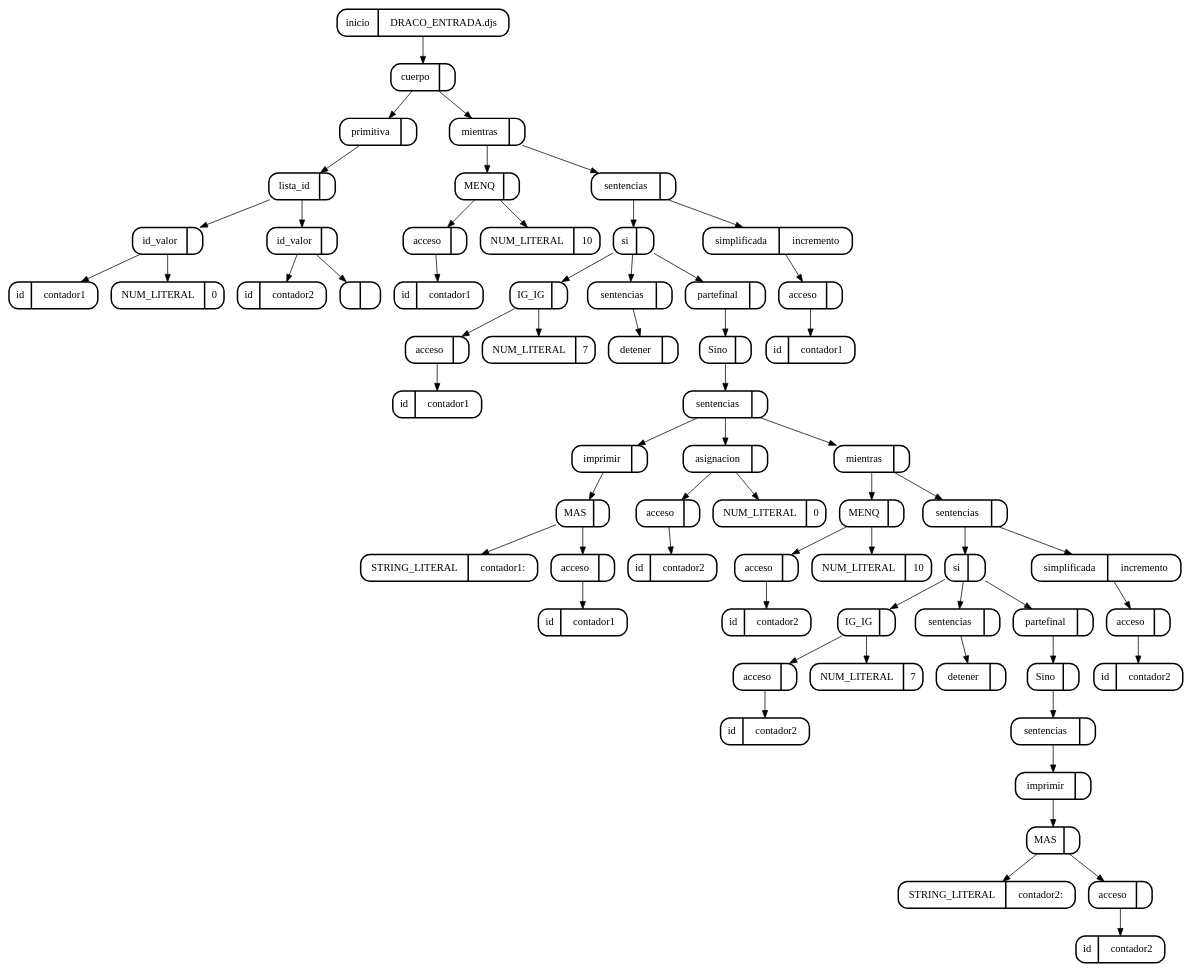
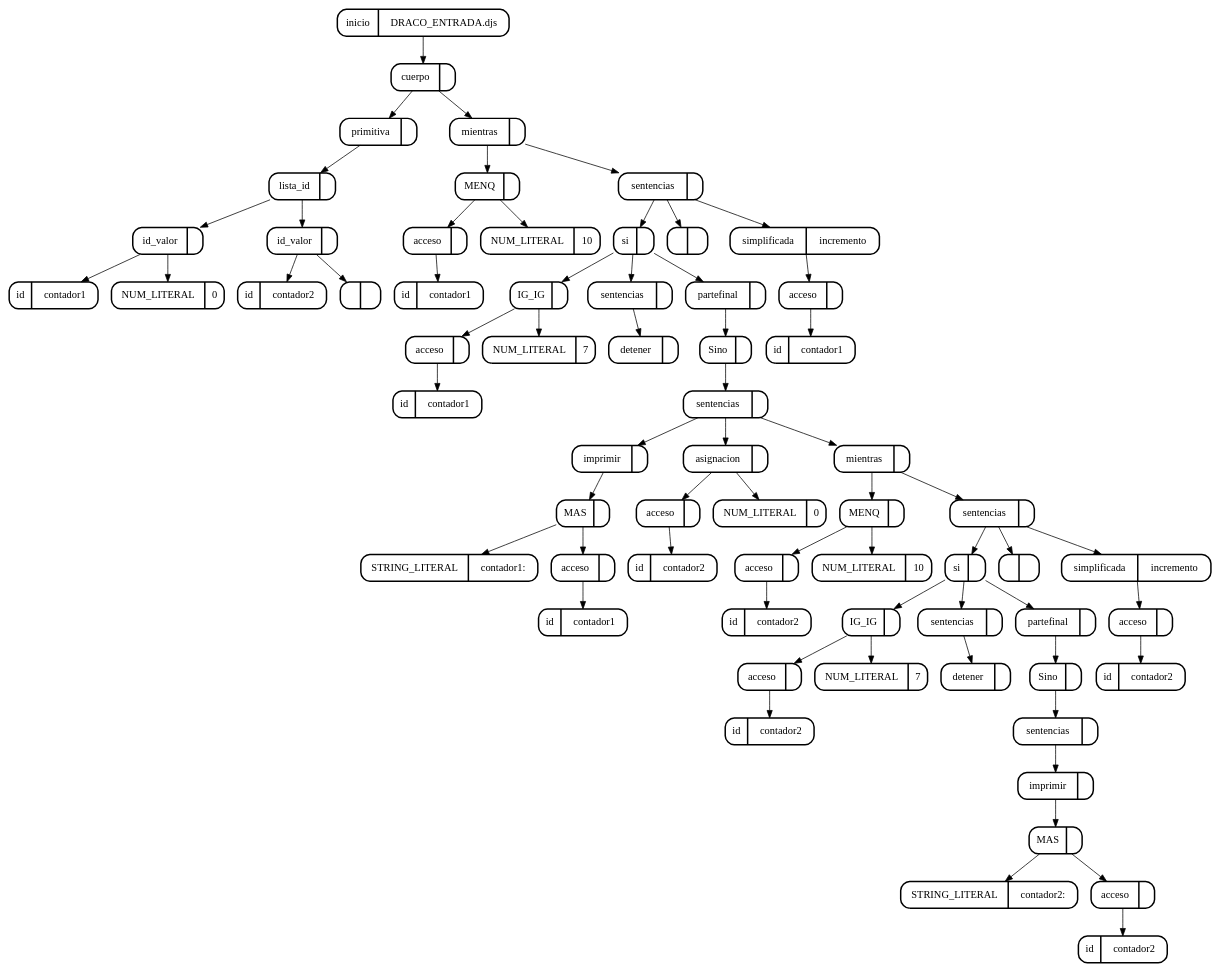
The diagram in Script_DRACO/Imagenes/arbol_cjs.dot (skrillfer/DracoScript), drawn with Graphviz before and after one commit. The commit also changed 6 other files, not shown here.

```diff
--- a/Script_DRACO/Imagenes/arbol_cjs.dot
+++ b/Script_DRACO/Imagenes/arbol_cjs.dot
@@ -1,127 +1,131 @@
 digraph G {
 node[shape=Mrecord]
-62[label="inicio | DRACO_ENTRADA.djs",style=bold]
+64[label="inicio | DRACO_ENTRADA.djs",style=bold]
 9[label="cuerpo | ",style=bold]
-{62}->{9}
+{64}->{9}
 8[label="primitiva | ",style=bold]
 {9}->{8}
 4[label="lista_id | ",style=bold]
 {8}->{4}
 2[label="id_valor | ",style=bold]
 {4}->{2}
 3[label="id | contador1",style=bold]
 {2}->{3}
 1[label="NUM_LITERAL | 0",style=bold]
 {2}->{1}
 6[label="id_valor | ",style=bold]
 {4}->{6}
 7[label="id | contador2",style=bold]
 {6}->{7}
 5[label=" | ",style=bold]
 {6}->{5}
-61[label="mientras | ",style=bold]
-{9}->{61}
+63[label="mientras | ",style=bold]
+{9}->{63}
 13[label="MENQ | ",style=bold]
-{61}->{13}
+{63}->{13}
 11[label="acceso | ",style=bold]
 {13}->{11}
 10[label="id | contador1",style=bold]
 {11}->{10}
 12[label="NUM_LITERAL | 10",style=bold]
 {13}->{12}
-57[label="sentencias | ",style=bold]
-{61}->{57}
-56[label="si | ",style=bold]
-{57}->{56}
+22[label="sentencias | ",style=bold]
+{63}->{22}
+21[label="si | ",style=bold]
+{22}->{21}
 17[label="IG_IG | ",style=bold]
-{56}->{17}
+{21}->{17}
 15[label="acceso | ",style=bold]
 {17}->{15}
 14[label="id | contador1",style=bold]
 {15}->{14}
 16[label="NUM_LITERAL | 7",style=bold]
 {17}->{16}
 19[label="sentencias | ",style=bold]
-{56}->{19}
+{21}->{19}
 18[label="detener | ",style=bold]
 {19}->{18}
-55[label="partefinal | ",style=bold]
+20[label="partefinal | ",style=bold]
+{21}->{20}
+58[label="Sino | ",style=bold]
+{20}->{58}
+28[label="sentencias | ",style=bold]
+{58}->{28}
+27[label="imprimir | ",style=bold]
+{28}->{27}
+26[label="MAS | ",style=bold]
+{27}->{26}
+23[label="STRING_LITERAL | contador1:",style=bold]
+{26}->{23}
+25[label="acceso | ",style=bold]
+{26}->{25}
+24[label="id | contador1",style=bold]
+{25}->{24}
+32[label="asignacion | ",style=bold]
+{28}->{32}
+30[label="acceso | ",style=bold]
+{32}->{30}
+29[label="id | contador2",style=bold]
+{30}->{29}
+31[label="NUM_LITERAL | 0",style=bold]
+{32}->{31}
+57[label="mientras | ",style=bold]
+{28}->{57}
+36[label="MENQ | ",style=bold]
+{57}->{36}
+34[label="acceso | ",style=bold]
+{36}->{34}
+33[label="id | contador2",style=bold]
+{34}->{33}
+35[label="NUM_LITERAL | 10",style=bold]
+{36}->{35}
+45[label="sentencias | ",style=bold]
+{57}->{45}
+44[label="si | ",style=bold]
+{45}->{44}
+40[label="IG_IG | ",style=bold]
+{44}->{40}
+38[label="acceso | ",style=bold]
+{40}->{38}
+37[label="id | contador2",style=bold]
+{38}->{37}
+39[label="NUM_LITERAL | 7",style=bold]
+{40}->{39}
+42[label="sentencias | ",style=bold]
+{44}->{42}
+41[label="detener | ",style=bold]
+{42}->{41}
+43[label="partefinal | ",style=bold]
+{44}->{43}
+52[label="Sino | ",style=bold]
+{43}->{52}
+51[label="sentencias | ",style=bold]
+{52}->{51}
+50[label="imprimir | ",style=bold]
+{51}->{50}
+49[label="MAS | ",style=bold]
+{50}->{49}
+46[label="STRING_LITERAL | contador2:",style=bold]
+{49}->{46}
+48[label="acceso | ",style=bold]
+{49}->{48}
+47[label="id | contador2",style=bold]
+{48}->{47}
+53[label=" | ",style=bold]
+{45}->{53}
+56[label="simplificada | incremento",style=bold]
+{45}->{56}
+55[label="acceso | ",style=bold]
 {56}->{55}
-54[label="Sino | ",style=bold]
+54[label="id | contador2",style=bold]
 {55}->{54}
-25[label="sentencias | ",style=bold]
-{54}->{25}
-24[label="imprimir | ",style=bold]
-{25}->{24}
-23[label="MAS | ",style=bold]
-{24}->{23}
-20[label="STRING_LITERAL | contador1:",style=bold]
-{23}->{20}
-22[label="acceso | ",style=bold]
-{23}->{22}
-21[label="id | contador1",style=bold]
-{22}->{21}
-29[label="asignacion | ",style=bold]
-{25}->{29}
-27[label="acceso | ",style=bold]
-{29}->{27}
-26[label="id | contador2",style=bold]
-{27}->{26}
-28[label="NUM_LITERAL | 0",style=bold]
-{29}->{28}
-53[label="mientras | ",style=bold]
-{25}->{53}
-33[label="MENQ | ",style=bold]
-{53}->{33}
-31[label="acceso | ",style=bold]
-{33}->{31}
-30[label="id | contador2",style=bold]
-{31}->{30}
-32[label="NUM_LITERAL | 10",style=bold]
-{33}->{32}
-49[label="sentencias | ",style=bold]
-{53}->{49}
-48[label="si | ",style=bold]
-{49}->{48}
-37[label="IG_IG | ",style=bold]
-{48}->{37}
-35[label="acceso | ",style=bold]
-{37}->{35}
-34[label="id | contador2",style=bold]
-{35}->{34}
-36[label="NUM_LITERAL | 7",style=bold]
-{37}->{36}
-39[label="sentencias | ",style=bold]
-{48}->{39}
-38[label="detener | ",style=bold]
-{39}->{38}
-47[label="partefinal | ",style=bold]
-{48}->{47}
-46[label="Sino | ",style=bold]
-{47}->{46}
-45[label="sentencias | ",style=bold]
-{46}->{45}
-44[label="imprimir | ",style=bold]
-{45}->{44}
-43[label="MAS | ",style=bold]
-{44}->{43}
-40[label="STRING_LITERAL | contador2:",style=bold]
-{43}->{40}
-42[label="acceso | ",style=bold]
-{43}->{42}
-41[label="id | contador2",style=bold]
-{42}->{41}
-52[label="simplificada | incremento",style=bold]
-{49}->{52}
-51[label="acceso | ",style=bold]
-{52}->{51}
-50[label="id | contador2",style=bold]
-{51}->{50}
-60[label="simplificada | incremento",style=bold]
-{57}->{60}
-59[label="acceso | ",style=bold]
-{60}->{59}
-58[label="id | contador1",style=bold]
-{59}->{58}
+59[label=" | ",style=bold]
+{22}->{59}
+62[label="simplificada | incremento",style=bold]
+{22}->{62}
+61[label="acceso | ",style=bold]
+{62}->{61}
+60[label="id | contador1",style=bold]
+{61}->{60}
 
 }
```
